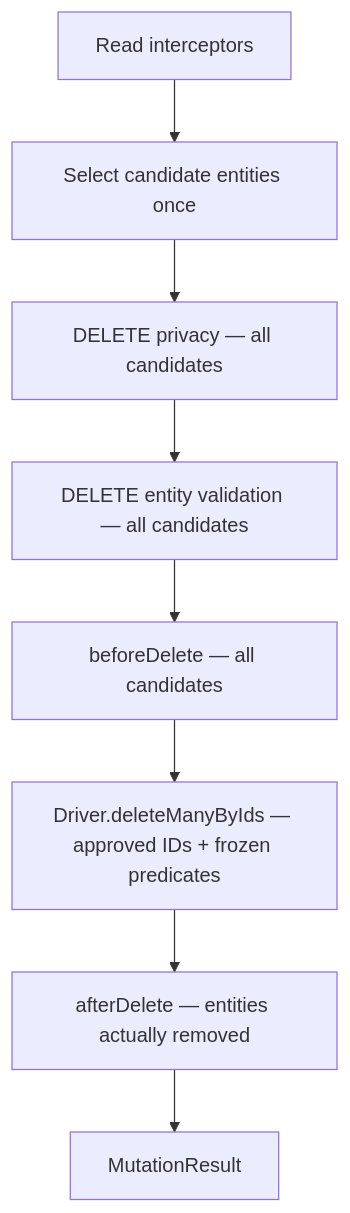
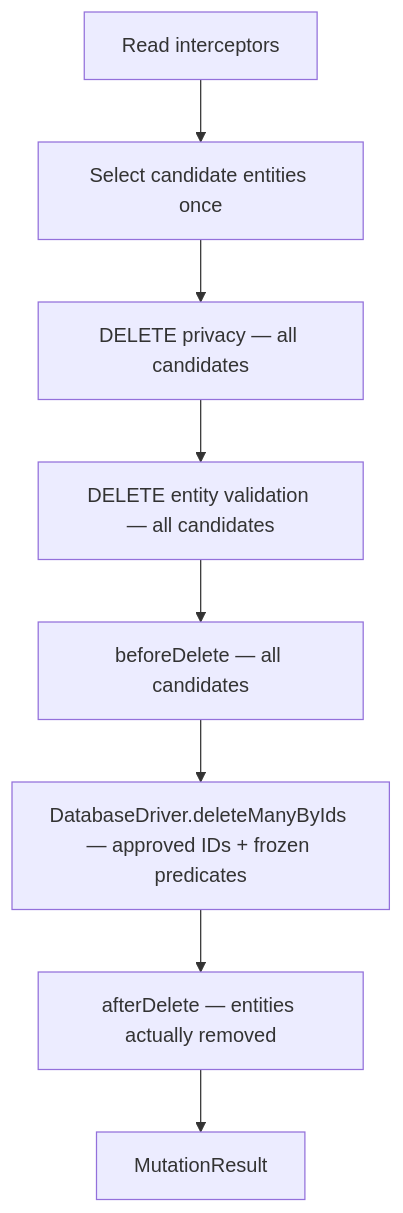
The sixth of 6 diagrams in docs/operation-lifecycle.md (CaseyMcGuire/EntKt), drawn with Mermaid before and after one commit. The commit also changed other lines of this file and 62 other files, not shown here.

Commit message:
Rename Driver to DatabaseDriver

````diff
--- a/docs/operation-lifecycle.md
+++ b/docs/operation-lifecycle.md
@@ -262,10 +262,10 @@
 ```mermaid
 flowchart TD
     interceptor["Read interceptors"] --> query["Select candidate entities once"]
     query --> privacy["DELETE privacy — all candidates"]
     privacy --> validation["DELETE entity validation — all candidates"]
     validation --> before["beforeDelete — all candidates"]
-    before --> delete["Driver.deleteManyByIds — approved IDs + frozen predicates"]
+    before --> delete["DatabaseDriver.deleteManyByIds — approved IDs + frozen predicates"]
     delete --> after["afterDelete — entities actually removed"]
     after --> result["MutationResult<Int>"]
 ```
````
